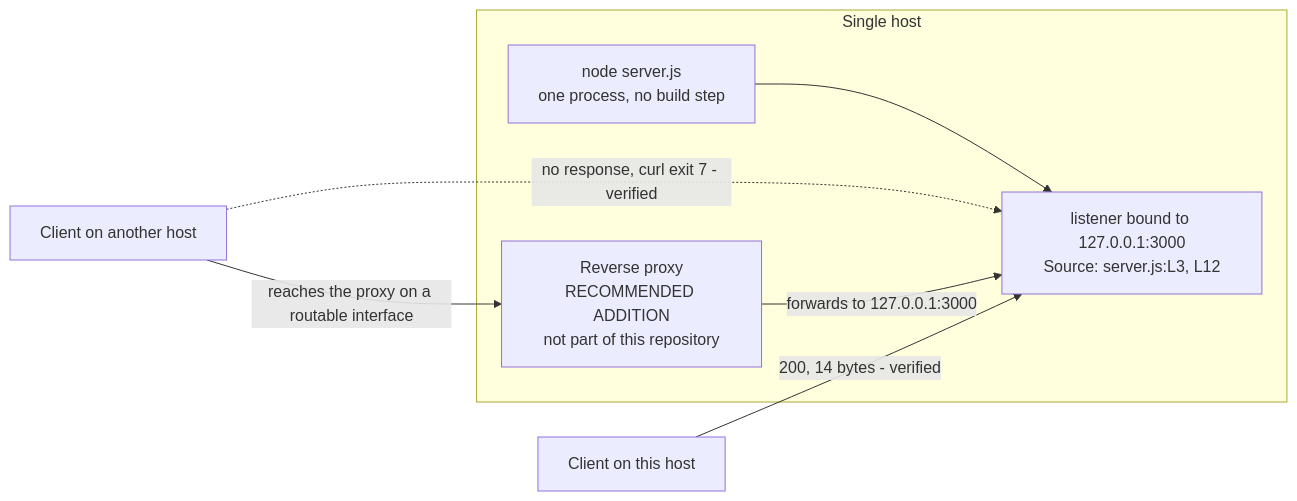
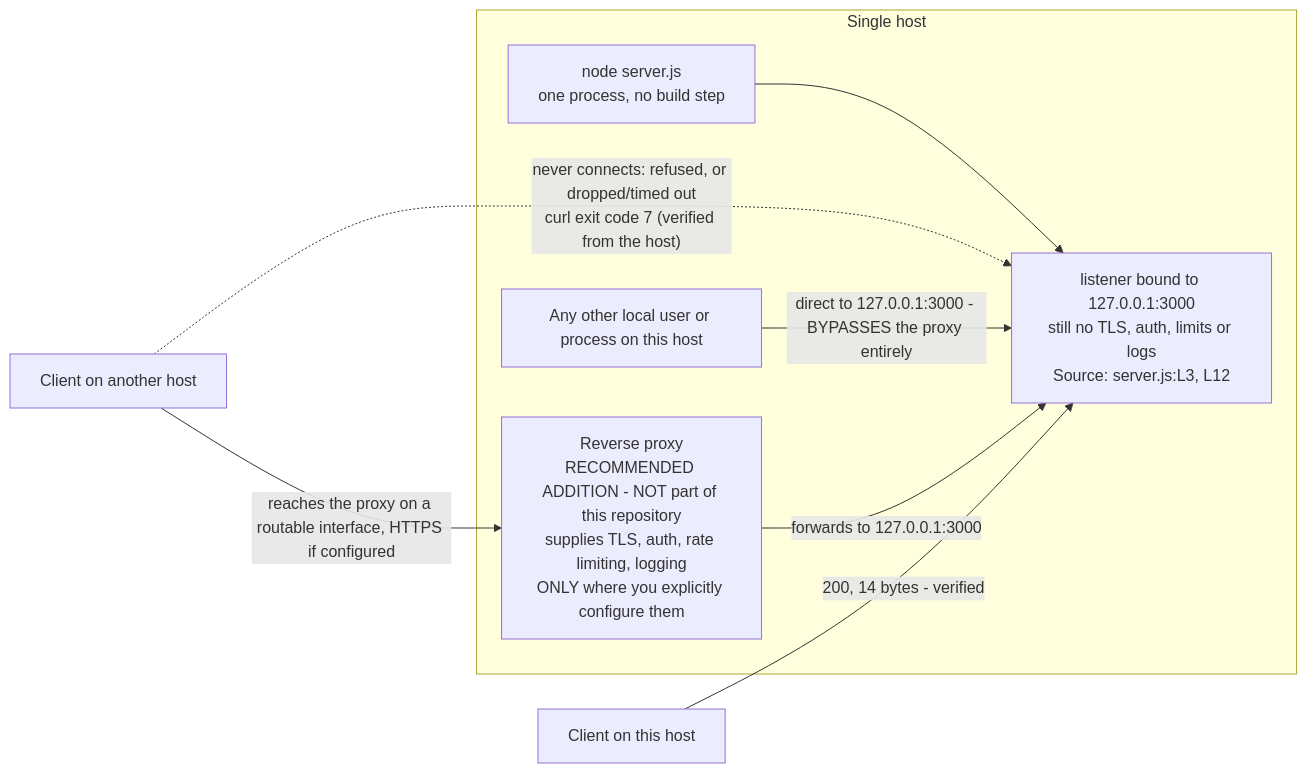
One commit to Sandeep01Kumar/existing-projects-qa-test-03-dec changed the diagram in docs/guides/deployment.md. Above: the diagram before and after it, drawn with Mermaid. The commit also changed other lines of this file and 15 other files, not shown here.

````diff
--- a/docs/guides/deployment.md
+++ b/docs/guides/deployment.md
@@ -181,19 +353,31 @@
 ```mermaid
 flowchart LR
     subgraph host["Single host"]
         N["node server.js<br/>one process, no build step"]
-        L["listener bound to 127.0.0.1:3000<br/>Source: server.js:L3, L12"]
-        RP["Reverse proxy<br/>RECOMMENDED ADDITION<br/>not part of this repository"]
+        L["listener bound to 127.0.0.1:3000<br/>still no TLS, auth, limits or logs<br/>Source: server.js:L3, L12"]
+        RP["Reverse proxy<br/>RECOMMENDED ADDITION - NOT part of this repository<br/>supplies TLS, auth, rate limiting, logging<br/>ONLY where you explicitly configure them"]
+        LP["Any other local user or process on this host"]
         N --> L
     end
     C1["Client on this host"] -->|"200, 14 bytes - verified"| L
-    C2["Client on another host"] -.->|"no response, curl exit 7 - verified"| L
-    C2 -->|"reaches the proxy on a routable interface"| RP
+    C2["Client on another host"] -.->|"never connects: refused, or dropped/timed out<br/>curl exit code 7 (verified from the host)"| L
+    C2 -->|"reaches the proxy on a routable interface, HTTPS if configured"| RP
     RP -->|"forwards to 127.0.0.1:3000"| L
+    LP -->|"direct to 127.0.0.1:3000 - BYPASSES the proxy entirely"| L
 %% The Reverse proxy node is a RECOMMENDED ADDITION only. It does not exist in
 %% this repository: no proxy configuration file is created by this change, and
-%% no proxy is deployed. Every other node here is a component that provably
-%% exists - the single node server.js process and its loopback listener. Nothing
-%% else is drawn because nothing else exists: no database, no cache, no queue,
-%% no load balancer and no second service.
+%% no proxy is deployed. It restricts REMOTE callers only, and it supplies
+%% nothing until you explicitly configure it - the guarantee comes from the
+%% loopback bind, not from the proxy, so local processes still reach the service
+%% directly and the proxy's TLS, authentication, rate limits and logs never see
+%% them. Every other node here is a component that provably exists - the single
+%% node server.js process, its loopback listener, and the local callers that can
+%% reach it. Nothing else is drawn because nothing else exists: no database, no
+%% cache, no queue, no load balancer and no second service.
+%% The remote attempt never reaches the listener whatever the network path, but
+%% the shape of the failure varies with it: an immediate refusal where the packet
+%% reaches the host, or a timeout or silent drop where a firewall or NAT sits in
+%% between.
+%% Both listener labels carry the source lines that fix the bind address and the
+%% port, and the refused remote edge carries the verified curl exit code.
 ```
````
